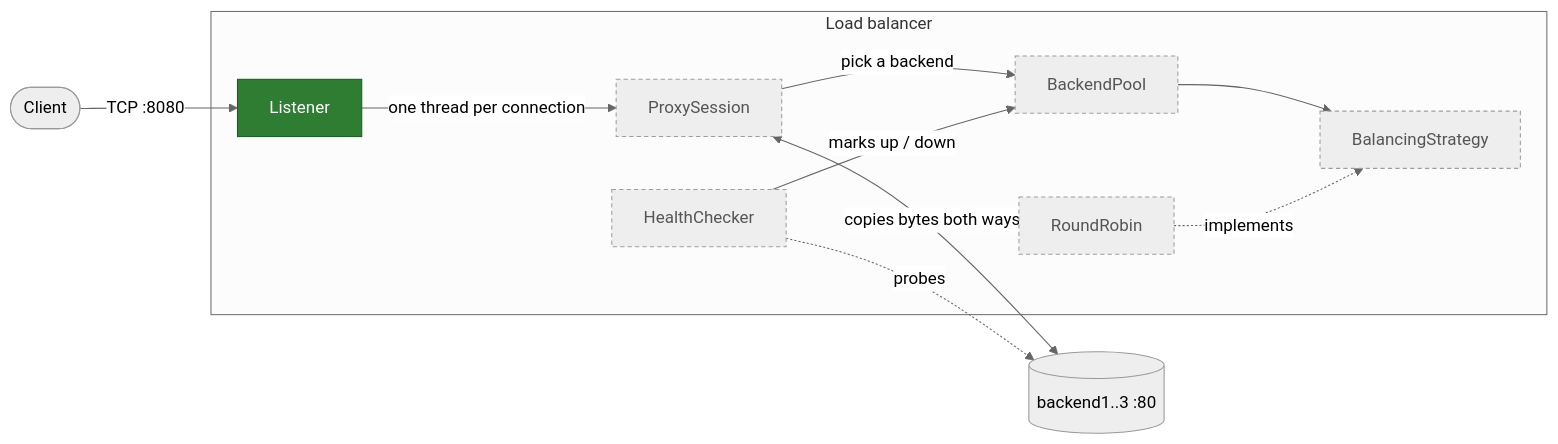
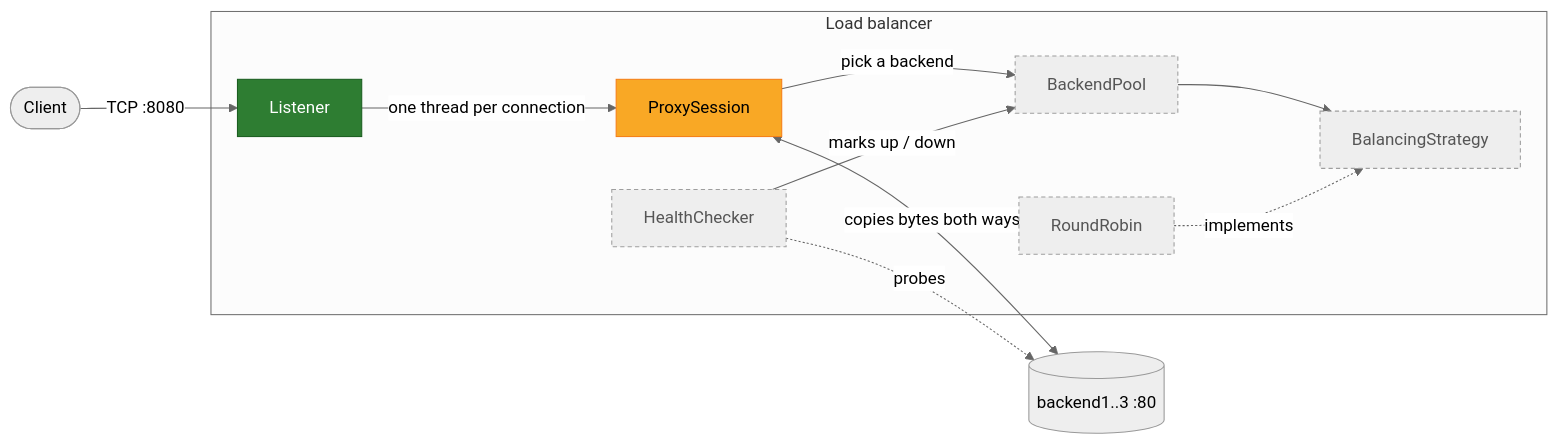
The diagram in README.md (argimiro04/TCP-load-balancer), drawn with Mermaid (neutral theme) before and after one commit. The commit also changed other lines of this file, not shown here.

Commit message:
docs: update README for session 2

````diff
--- a/README.md
+++ b/README.md
@@ -23,20 +27,22 @@
 ```mermaid
 flowchart LR
     Client([Client]) -->|TCP :8080| Listener
 
     subgraph LB[Load balancer]
         Listener -->|one thread per connection| ProxySession
         ProxySession -->|pick a backend| BackendPool
         BackendPool --> BalancingStrategy
         RoundRobin -.->|implements| BalancingStrategy
         HealthChecker -->|marks up / down| BackendPool
     end
 
     ProxySession <-->|copies bytes both ways| Backends[(backend1..3 :80)]
     HealthChecker -.->|probes| Backends
 
     classDef done fill:#2e7d32,stroke:#1b5e20,color:#fff;
+    classDef partial fill:#f9a825,stroke:#f57f17,color:#000;
     classDef planned fill:#eeeeee,stroke:#9e9e9e,color:#555,stroke-dasharray:4 3;
     class Listener done;
-    class ProxySession,BackendPool,BalancingStrategy,RoundRobin,HealthChecker planned;
+    class ProxySession partial;
+    class BackendPool,BalancingStrategy,RoundRobin,HealthChecker planned;
 ```
````
